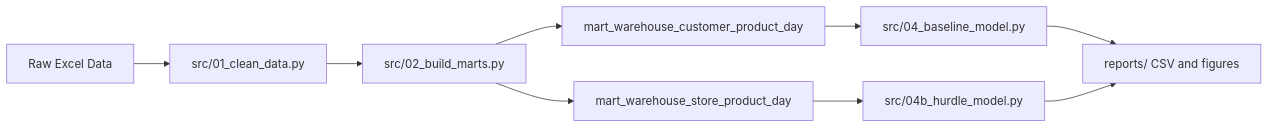
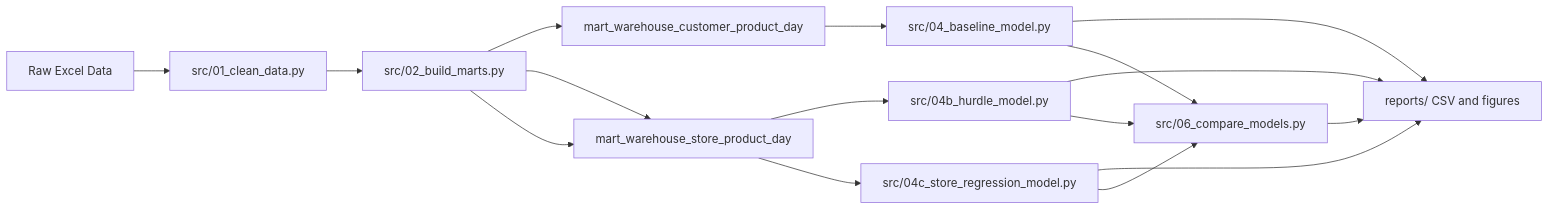
Before and after one commit to LapisLa2uli/HKUProject: the diagram in README.md, drawn with Mermaid. The commit also changed other lines of this file and 16 other files, not shown here.

Commit message:
Added more detailed hurdle v2 model, added some graphs, changed axis names of some graphs

````diff
--- a/README.md
+++ b/README.md
@@ -81,15 +82,22 @@
 ```mermaid
 flowchart LR
   raw[Raw Excel Data]
   clean[src/01_clean_data.py]
   marts[src/02_build_marts.py]
   mart_cp[mart_warehouse_customer_product_day]
   mart_store[mart_warehouse_store_product_day]
   baseline[src/04_baseline_model.py]
   hurdle[src/04b_hurdle_model.py]
+  storeReg[src/04c_store_regression_model.py]
+  compare[src/06_compare_models.py]
   reports[reports/ CSV and figures]
 
   raw --> clean --> marts
   marts --> mart_cp --> baseline --> reports
   marts --> mart_store --> hurdle --> reports
+  marts --> mart_store --> storeReg --> reports
+  baseline --> compare
+  hurdle --> compare
+  storeReg --> compare
+  compare --> reports
 ```
````
